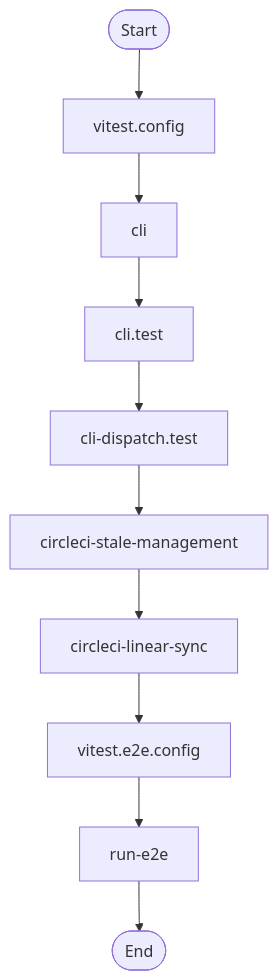
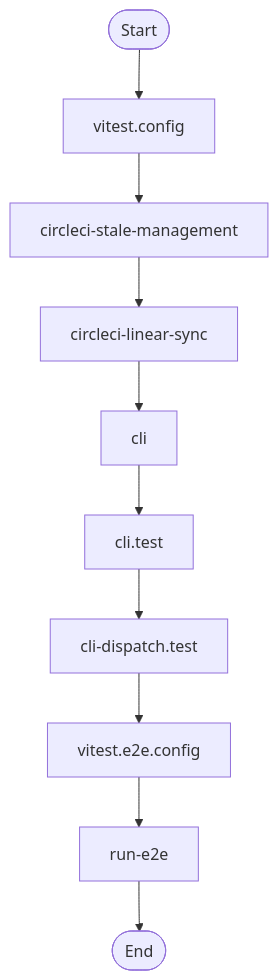
One commit to jscraik/coding-harness changed the diagram in AI/diagrams/flow.mmd. Above: the diagram before and after it, drawn with Mermaid. The commit also changed 5 other files, not shown here.

Commit message:
chore(diagrams): auto-refresh architecture diagrams

```diff
--- a/AI/diagrams/flow.mmd
+++ b/AI/diagrams/flow.mmd
@@ -1,20 +1,20 @@
 flowchart TD
   Start(["Start"])
   vitest_config_a9f1245e["vitest.config"]
   Start --> vitest_config_a9f1245e
+  circleci_stale_management_664de1d9["circleci-stale-management"]
+  vitest_config_a9f1245e --> circleci_stale_management_664de1d9
+  circleci_linear_sync_19c0d6da["circleci-linear-sync"]
+  circleci_stale_management_664de1d9 --> circleci_linear_sync_19c0d6da
   cli_99bb8840["cli"]
-  vitest_config_a9f1245e --> cli_99bb8840
+  circleci_linear_sync_19c0d6da --> cli_99bb8840
   cli_test_4851f28b["cli.test"]
   cli_99bb8840 --> cli_test_4851f28b
   cli_dispatch_test_54c9f17b["cli-dispatch.test"]
   cli_test_4851f28b --> cli_dispatch_test_54c9f17b
-  circleci_stale_management_664de1d9["circleci-stale-management"]
-  cli_dispatch_test_54c9f17b --> circleci_stale_management_664de1d9
-  circleci_linear_sync_19c0d6da["circleci-linear-sync"]
-  circleci_stale_management_664de1d9 --> circleci_linear_sync_19c0d6da
   vitest_e2e_config_4e2a61bc["vitest.e2e.config"]
-  circleci_linear_sync_19c0d6da --> vitest_e2e_config_4e2a61bc
+  cli_dispatch_test_54c9f17b --> vitest_e2e_config_4e2a61bc
   run_e2e_39efe696["run-e2e"]
   vitest_e2e_config_4e2a61bc --> run_e2e_39efe696
   End(["End"])
   run_e2e_39efe696 --> End
```
